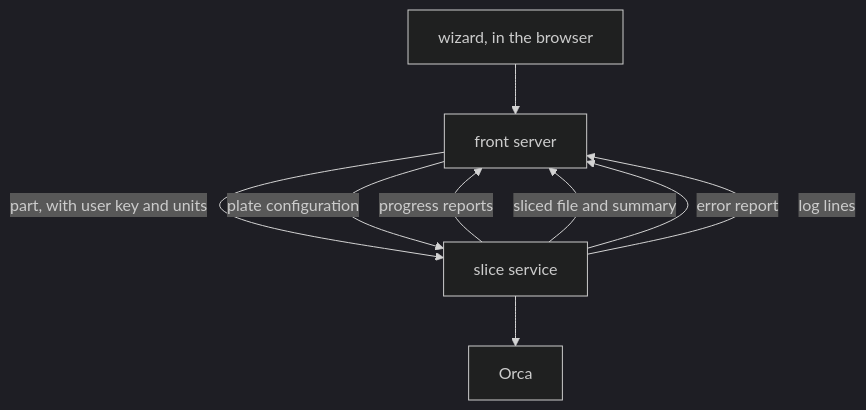
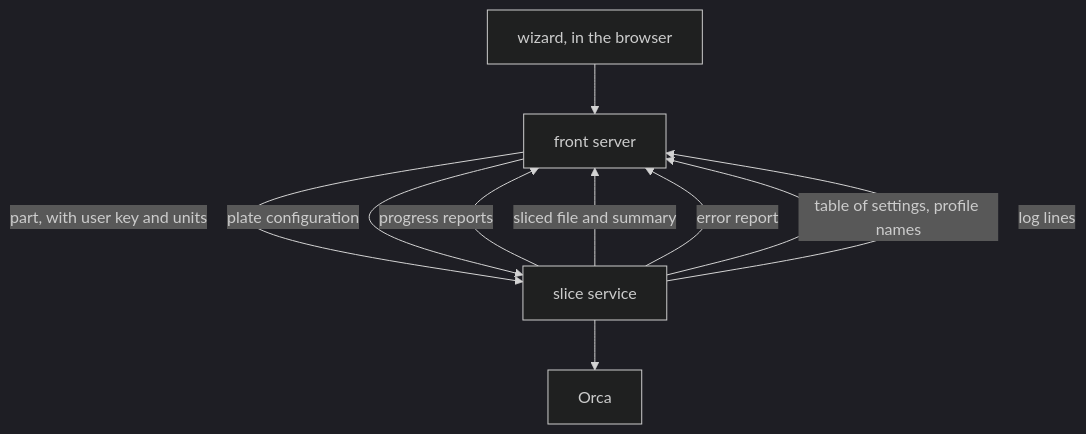
Before and after one commit to 6238/PenguinSlicer: the diagram in slice/README.md, drawn with Mermaid (dark theme). The commit also changed other lines of this file, not shown here.

````diff
--- a/slice/README.md
+++ b/slice/README.md
@@ -77,11 +83,12 @@
 ```mermaid
 flowchart TB
     wz["wizard, in the browser"] --> fr["front server"]
     fr -->|"part, with user key and units"| sl["slice service"]
     fr -->|"plate configuration"| sl
     sl -->|"progress reports"| fr
     sl -->|"sliced file and summary"| fr
     sl -->|"error report"| fr
+    sl -->|"table of settings, profile names"| fr
     sl -->|"log lines"| fr
     sl --> or["Orca"]
 ```
````
